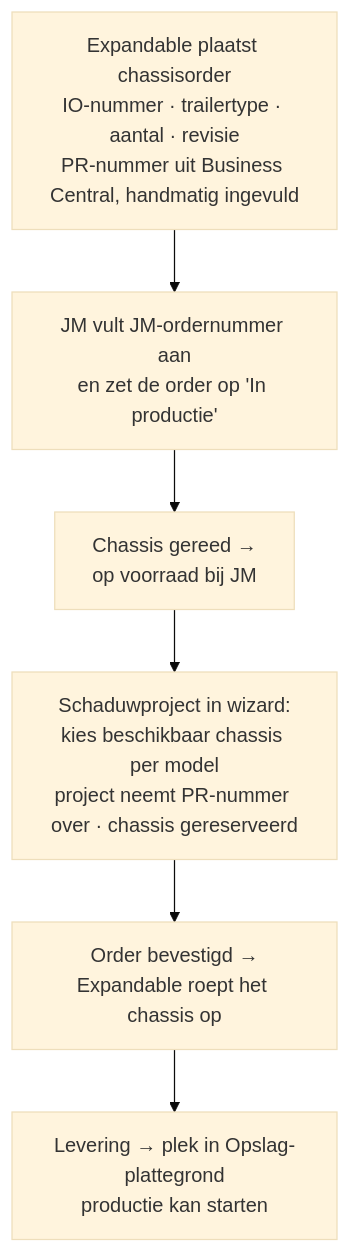
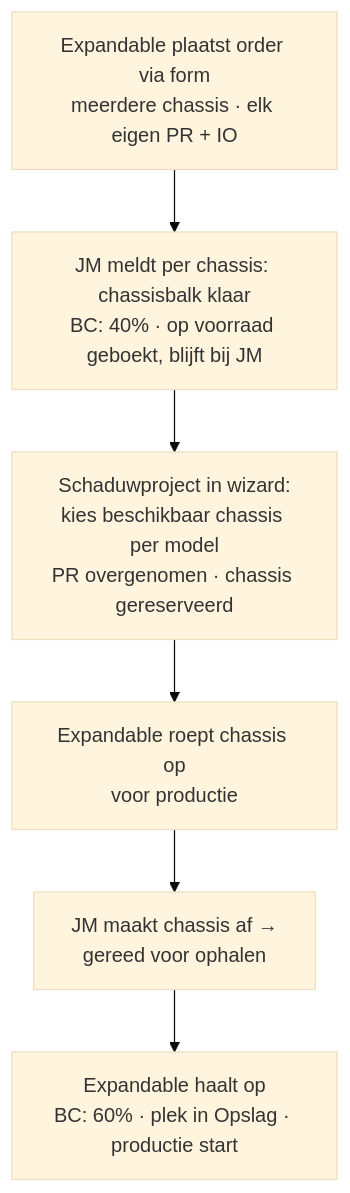
Before and after one commit to damianeersel/expandable-planner: the second of 2 diagrams in JM-CONSTRUCT-PLAN.md, drawn with Mermaid (base theme). The commit also changed other lines of this file and 3 other files, not shown here.

First line of the commit message:
JM Construct-plan 0.4: IO per chassis, chassisbalk-flow, BC 40/60

````diff
--- a/JM-CONSTRUCT-PLAN.md
+++ b/JM-CONSTRUCT-PLAN.md
@@ -91,8 +95,8 @@
 ```mermaid
 flowchart TD
-  A["Expandable plaatst chassisorder<br/>IO-nummer · trailertype · aantal · revisie<br/>PR-nummer uit Business Central, handmatig ingevuld"] --> B["JM vult JM-ordernummer aan<br/>en zet de order op 'In productie'"]
-  B --> C["Chassis gereed →<br/>op voorraad bij JM"]
-  C --> D["Schaduwproject in wizard:<br/>kies beschikbaar chassis per model<br/>project neemt PR-nummer over · chassis gereserveerd"]
-  D --> E["Order bevestigd →<br/>Expandable roept het chassis op"]
-  E --> F["Levering → plek in Opslag-plattegrond<br/>productie kan starten"]
+  A["Expandable plaatst order via form<br/>meerdere chassis · elk eigen PR + IO"] --> B["JM meldt per chassis: chassisbalk klaar<br/>BC: 40% · op voorraad geboekt, blijft bij JM"]
+  B --> C["Schaduwproject in wizard:<br/>kies beschikbaar chassis per model<br/>PR overgenomen · chassis gereserveerd"]
+  C --> D["Expandable roept chassis op<br/>voor productie"]
+  D --> E["JM maakt chassis af →<br/>gereed voor ophalen"]
+  E --> F["Expandable haalt op<br/>BC: 60% · plek in Opslag · productie start"]
 ```
````
